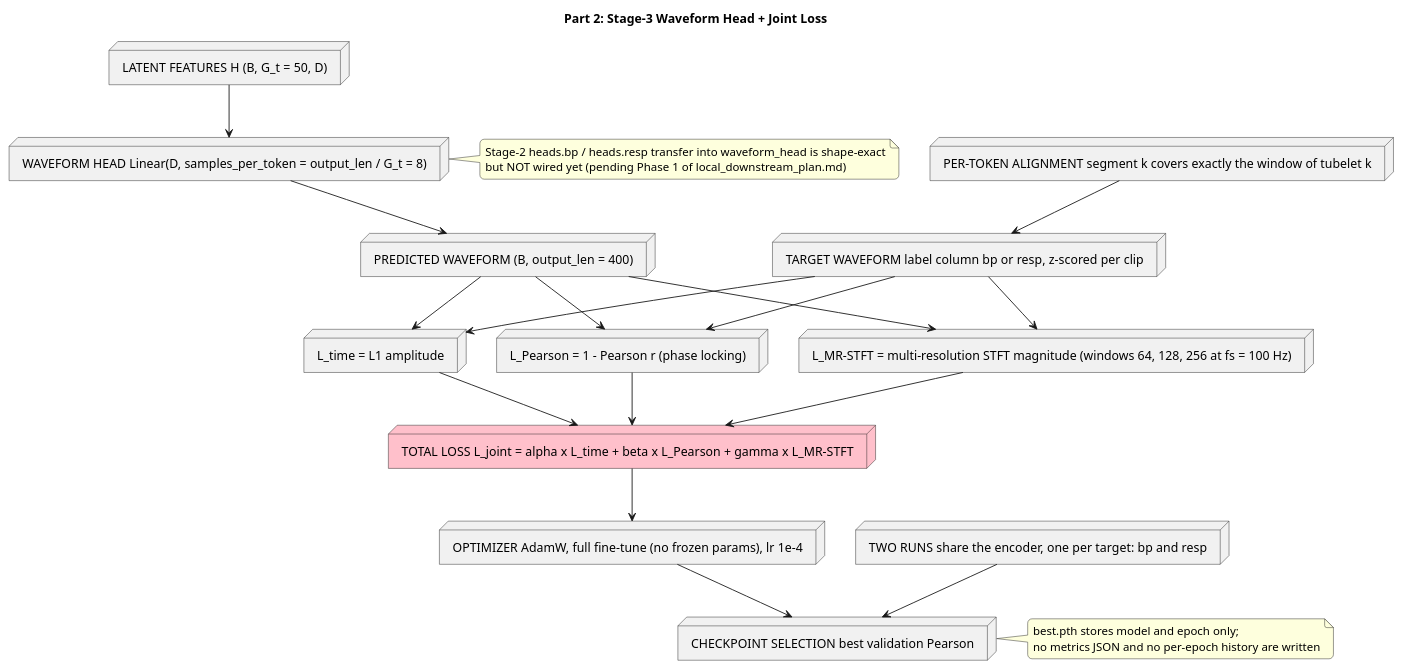
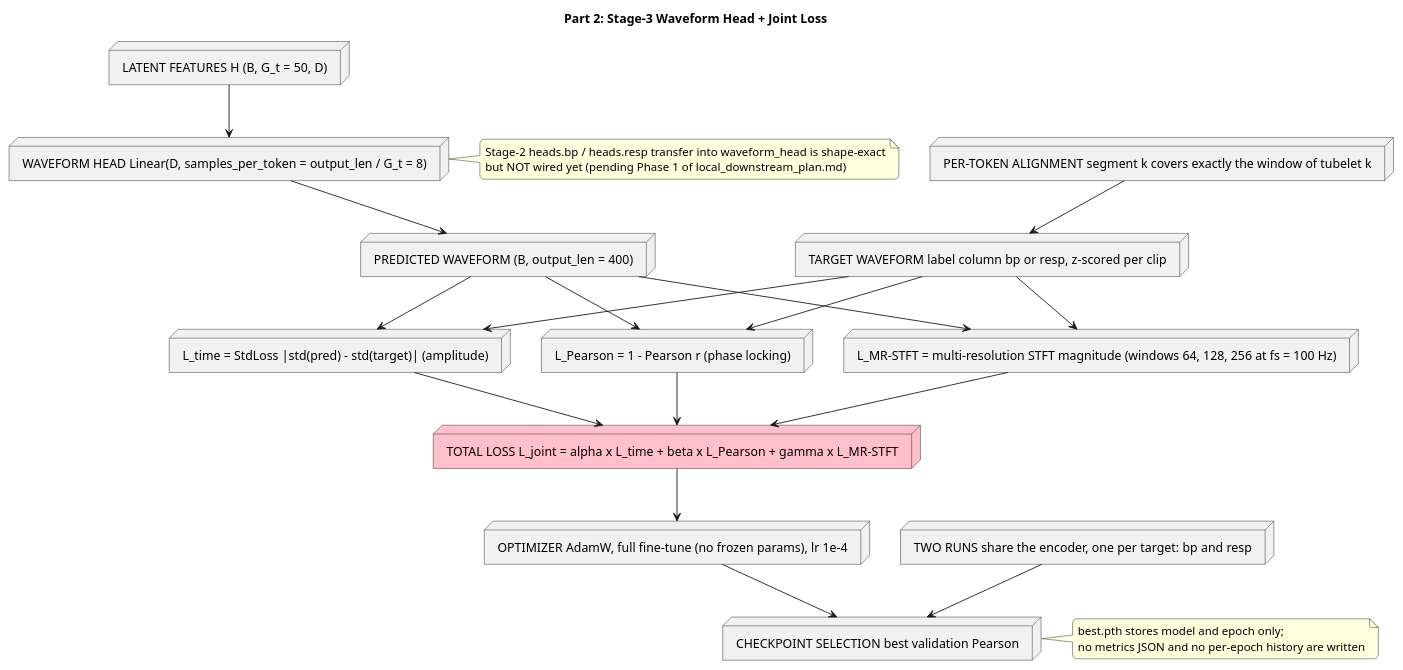
One commit to LeqiaoP1/MA-project-KISMED changed the second of 3 diagrams in code/architecture_stage3.md. Above: the diagram before and after it, drawn with PlantUML. The commit also changed 12 other files, not shown here.

````diff
--- a/code/architecture_stage3.md
+++ b/code/architecture_stage3.md
@@ -53,53 +53,53 @@
 ```plantuml
 @startuml
 skinparam RoundCorner 10
 skinparam ComponentStyle rectangle
 
 title Part 2: Stage-3 Waveform Head + Joint Loss
 
 node "LATENT FEATURES H (B, G_t = 50, D)" as LATENT
 node "WAVEFORM HEAD Linear(D, samples_per_token = output_len / G_t = 8)" as HEAD
 node "PREDICTED WAVEFORM (B, output_len = 400)" as PRED
 node "TARGET WAVEFORM label column bp or resp, z-scored per clip" as TGT
 node "PER-TOKEN ALIGNMENT segment k covers exactly the window of tubelet k" as ALIGN
 
 LATENT --> HEAD
 HEAD --> PRED
 ALIGN --> TGT
 
-node "L_time = L1 amplitude" as L1
+node "L_time = StdLoss |std(pred) - std(target)| (amplitude)" as L1
 node "L_Pearson = 1 - Pearson r (phase locking)" as PEAR
 node "L_MR-STFT = multi-resolution STFT magnitude (windows 64, 128, 256 at fs = 100 Hz)" as STFT
 
 PRED --> L1
 TGT --> L1
 PRED --> PEAR
 TGT --> PEAR
 PRED --> STFT
 TGT --> STFT
 
 node "TOTAL LOSS L_joint = alpha x L_time + beta x L_Pearson + gamma x L_MR-STFT" as TOTAL #Pink
 L1 --> TOTAL
 PEAR --> TOTAL
 STFT --> TOTAL
 
 node "OPTIMIZER AdamW, full fine-tune (no frozen params), lr 1e-4" as OPT
 node "TWO RUNS share the encoder, one per target: bp and resp" as BRANCHES
 node "CHECKPOINT SELECTION best validation Pearson" as SEL
 
 TOTAL --> OPT
 OPT --> SEL
 BRANCHES --> SEL
 
 note right of HEAD
   Stage-2 heads.bp / heads.resp transfer into waveform_head is shape-exact
   but NOT wired yet (pending Phase 1 of local_downstream_plan.md)
 end note
 
 note right of SEL
   best.pth stores model and epoch only;
   no metrics JSON and no per-epoch history are written
 end note
 
 @enduml
 ```
````
